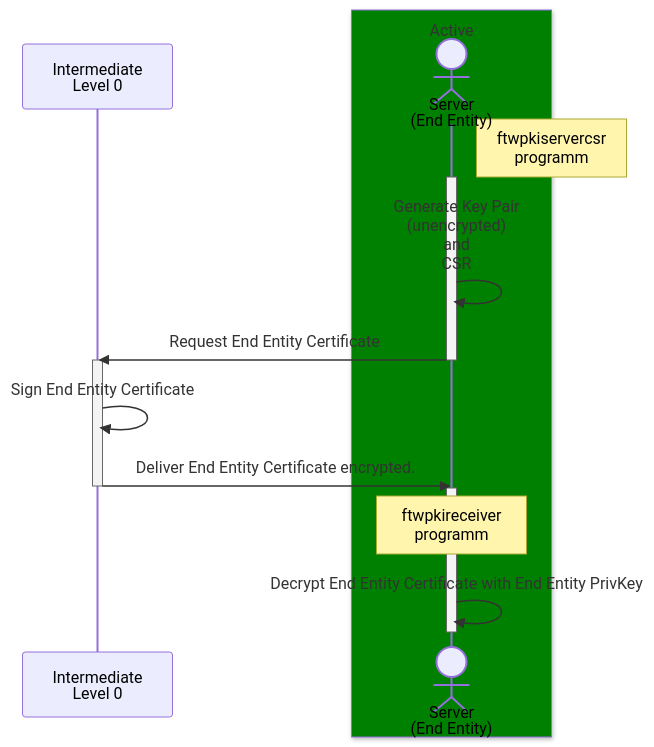
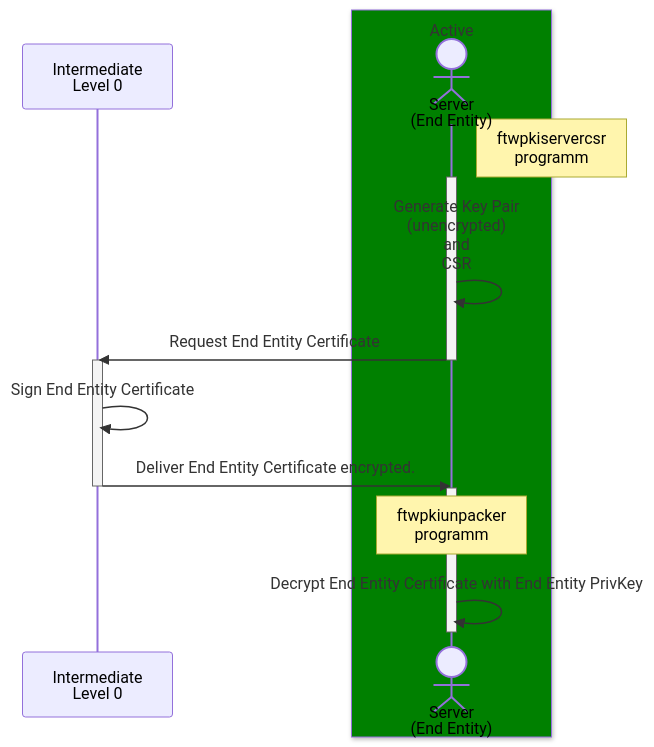
One commit to fitzz-ftw/ftw-pki-server changed the second of 2 diagrams in doc/source/user/sequenz-diagram-full.rst. Above: the diagram before and after it, drawn with Mermaid. The commit also changed other lines of this file and 5 other files, not shown here.

```diff
--- a/doc/source/user/sequenz-diagram-full.rst
+++ b/doc/source/user/sequenz-diagram-full.rst
@@ -91,27 +91,27 @@
 .. mermaid:: 
     :align: center
 
     sequenceDiagram
         participant S2 as Intermediate <br/> Level 0
         %% participant C@{ "type" : "collections" } as Client <br/> Server <br/> Client-Server <br/> (End Entity)
         %% actor C as Client <br/> (End Entity)
         box green  Active
         actor C as Server <br/> (End Entity)
         end
         %% actor C as Client-Server <br/> (End Entity)
         note right of C: ftwpkiservercsr <br/> programm
         activate C
         C->>C: Generate Key Pair <br/> (unencrypted) <br/> and<br/> CSR
         C->>S2: Request End Entity Certificate
         deactivate C
 
         activate S2
         S2->>S2: Sign End Entity Certificate
         %%note over S2: ftwpkiintermedsigner <br/> programm
         S2->>C: Deliver End Entity Certificate encrypted.
         deactivate S2
 
         activate C
-        note over C: ftwpkireceiver <br/> programm
+        note over C: ftwpkiunpacker <br/> programm
         C->>C: Decrypt End Entity Certificate with End Entity PrivKey
         deactivate C
```
